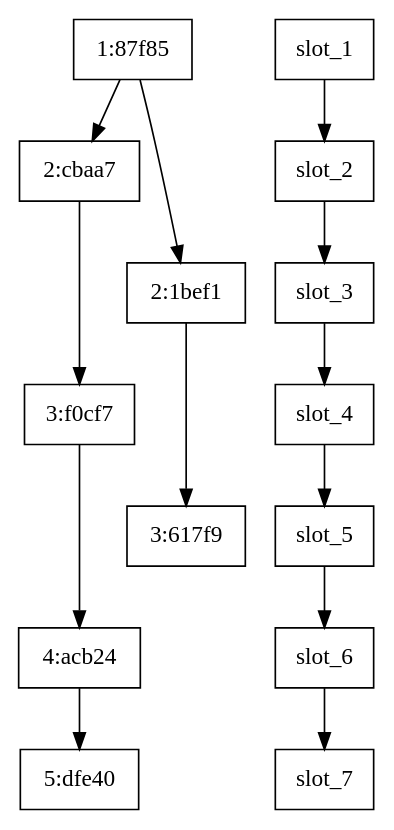
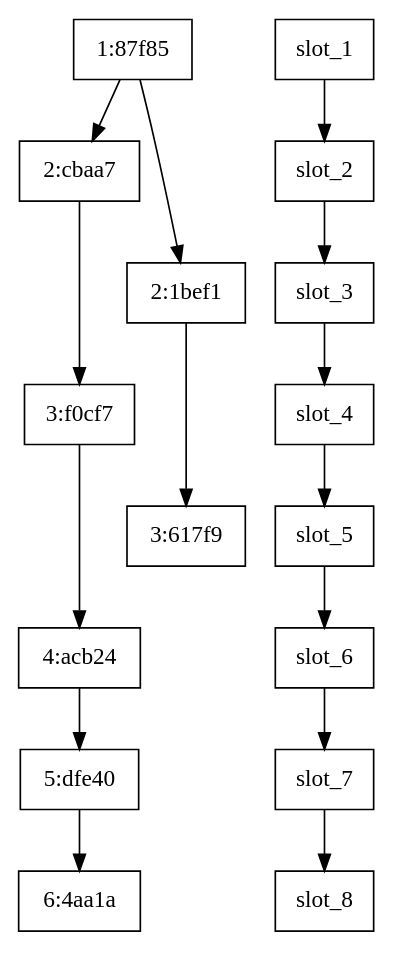
One commit to quantonganh/incognito-chain changed the diagram in consensus/simulation/test.dot. Above: the diagram before and after it, drawn with Graphviz. The commit also changed 3 other files, not shown here.

```diff
--- a/consensus/simulation/test.dot
+++ b/consensus/simulation/test.dot
@@ -1,30 +1,35 @@
 digraph {
     node [shape=record];
-    newrank=true;
+    //    rankdir="LR";
+newrank=true;
+    n1_3_f0cf7 [label = "3:f0cf7"]
+    {rank=same; n1_3_f0cf7; slot_4;}
+    n1_3_617f9 [label = "3:617f9"]
+    {rank=same; n1_3_617f9; slot_5;}
+    n1_4_acb24 [label = "4:acb24"]
+    {rank=same; n1_4_acb24; slot_6;}
     n1_5_dfe40 [label = "5:dfe40"]
     {rank=same; n1_5_dfe40; slot_7;}
+    n1_6_4aa1a [label = "6:4aa1a"]
+    {rank=same; n1_6_4aa1a; slot_8;}
     n1_1_87f85 [label = "1:87f85"]
     {rank=same; n1_1_87f85; slot_1;}
     n1_2_cbaa7 [label = "2:cbaa7"]
     {rank=same; n1_2_cbaa7; slot_2;}
     n1_2_1bef1 [label = "2:1bef1"]
     {rank=same; n1_2_1bef1; slot_3;}
-    n1_3_f0cf7 [label = "3:f0cf7"]
-    {rank=same; n1_3_f0cf7; slot_4;}
-    n1_3_617f9 [label = "3:617f9"]
-    {rank=same; n1_3_617f9; slot_5;}
-    n1_4_acb24 [label = "4:acb24"]
-    {rank=same; n1_4_acb24; slot_6;}
     slot_1 -> slot_2;
     slot_2 -> slot_3;
     slot_3 -> slot_4;
     slot_4 -> slot_5;
     slot_5 -> slot_6;
     slot_6 -> slot_7;
+    slot_7 -> slot_8;
     n1_1_87f85 -> n1_2_cbaa7;
     n1_2_cbaa7 -> n1_3_f0cf7;
     n1_3_f0cf7 -> n1_4_acb24;
     n1_4_acb24 -> n1_5_dfe40;
+    n1_5_dfe40 -> n1_6_4aa1a;
     n1_1_87f85 -> n1_2_1bef1;
     n1_2_1bef1 -> n1_3_617f9;
 }
```
